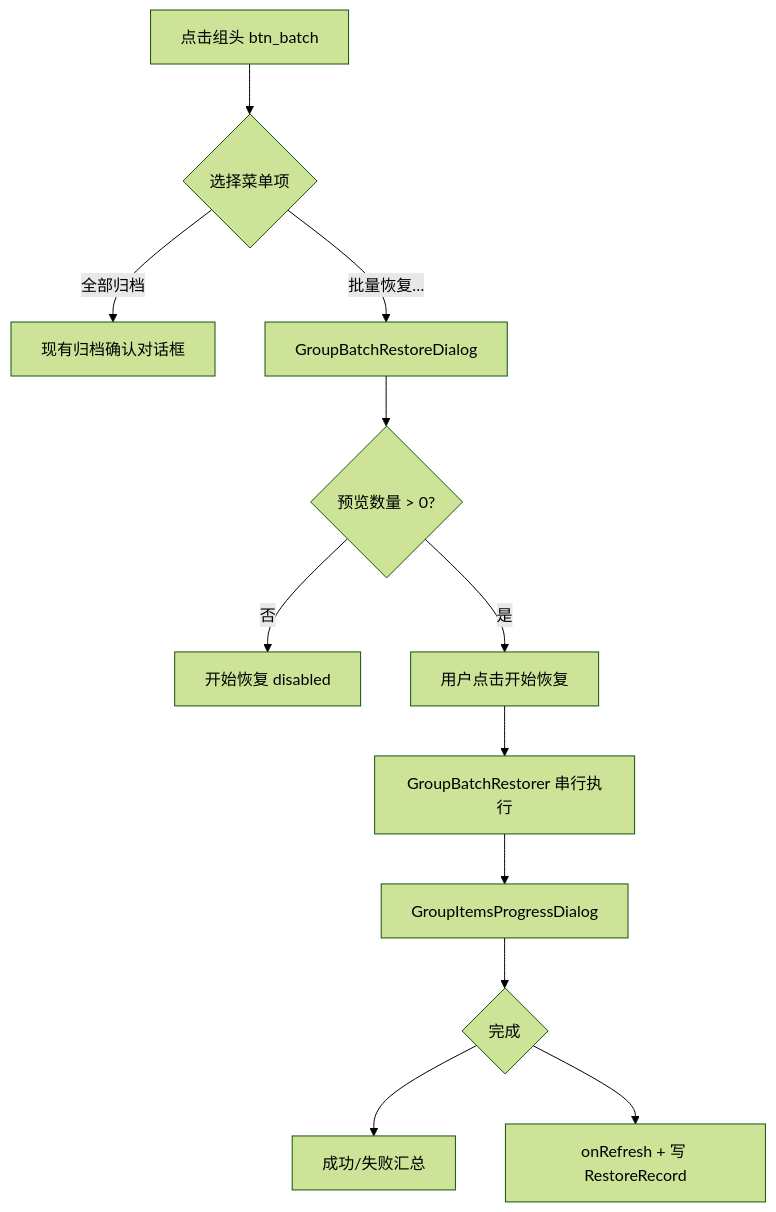
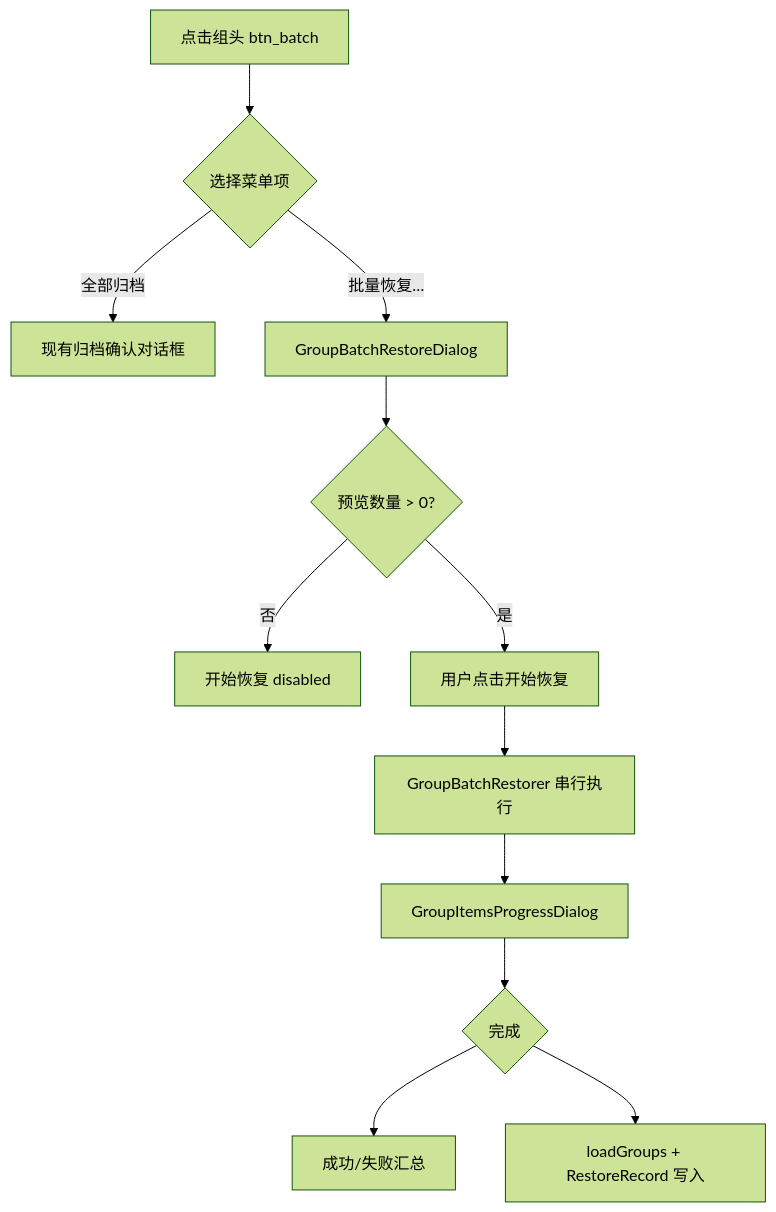
One commit to TIIEHenry/AppSnapshoter changed the diagram in docs/systems/snapshot/group-batch-restore/03-ui-design.md. Above: the diagram before and after it, drawn with Mermaid (forest theme). The commit also changed other lines of this file and 58 other files, not shown here.

````diff
--- a/docs/systems/snapshot/group-batch-restore/03-ui-design.md
+++ b/docs/systems/snapshot/group-batch-restore/03-ui-design.md
@@ -163,14 +168,14 @@
 ```mermaid
 flowchart TD
     A[点击组头 btn_batch] --> B{选择菜单项}
     B -->|全部归档| C[现有归档确认对话框]
     B -->|批量恢复…| D[GroupBatchRestoreDialog]
     D --> E{预览数量 > 0?}
     E -->|否| F[开始恢复 disabled]
     E -->|是| G[用户点击开始恢复]
     G --> H[GroupBatchRestorer 串行执行]
     H --> I[GroupItemsProgressDialog]
     I --> J{完成}
     J --> K[成功/失败汇总]
-    J --> L[onRefresh + 写 RestoreRecord]
+    J --> L[loadGroups + RestoreRecord 写入]
 ```
````
